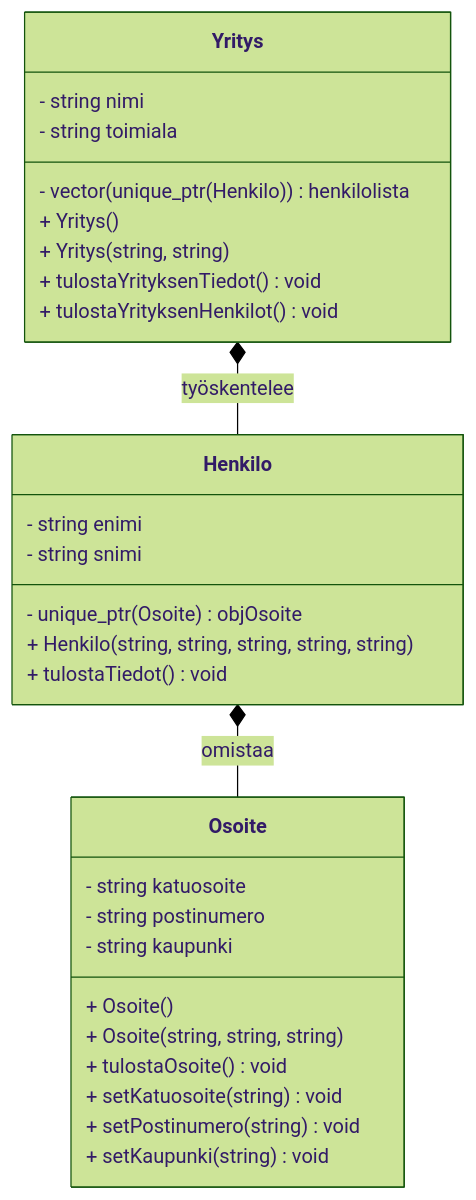
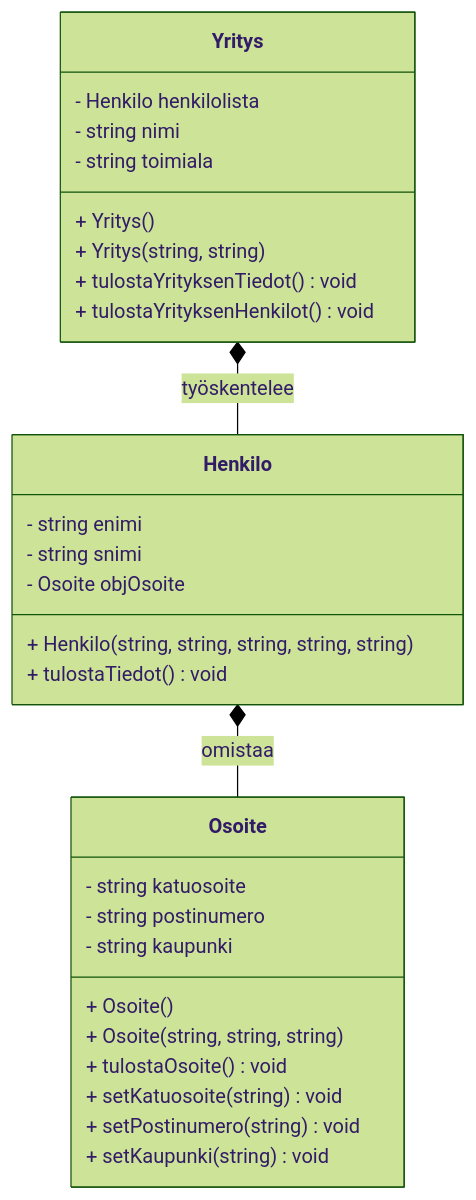
Before and after one commit to HenkkaOAMK/oliokurssin-esimerkit: the diagram in H4T4/README.md, drawn with Mermaid (forest theme).

Commit message:
H4T4 luokkakaaviota lisaa

````diff
--- a/H4T4/README.md
+++ b/H4T4/README.md
@@ -5,37 +5,37 @@
 ```mermaid
 classDiagram
 	class Osoite {
 		- string katuosoite
     	- string postinumero
     	- string kaupunki
 		+ Osoite()
 		+ Osoite(string, string, string)
 		+ tulostaOsoite() void
 		+ setKatuosoite(string) void
 		+ setPostinumero(string) void
 		+ setKaupunki(string) void
 
 	}
 	class Henkilo{
 		- string enimi
 		- string snimi
-		- unique_ptr(Osoite) objOsoite
+		- Osoite objOsoite
 	    + Henkilo(string, string, string, string, string)
     	+ tulostaTiedot() void
 
 	}
 		class Yritys{
-		- vector(unique_ptr(Henkilo)) henkilolista
+		- Henkilo henkilolista
 		- string nimi
 		- string toimiala
 	    + Yritys()
 		+ Yritys(string, string)
 		+ tulostaYrityksenTiedot() void
 		+ tulostaYrityksenHenkilot() void
         
 	}
 	Yritys *-- Henkilo :  työskentelee
 	Henkilo *-- Osoite : omistaa
 	
 	
 ```
````
